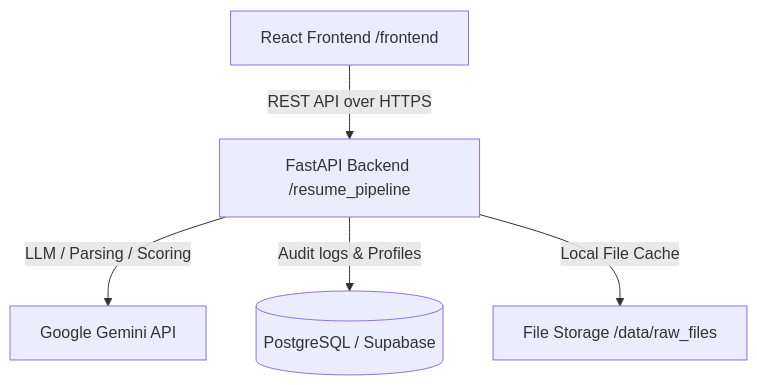
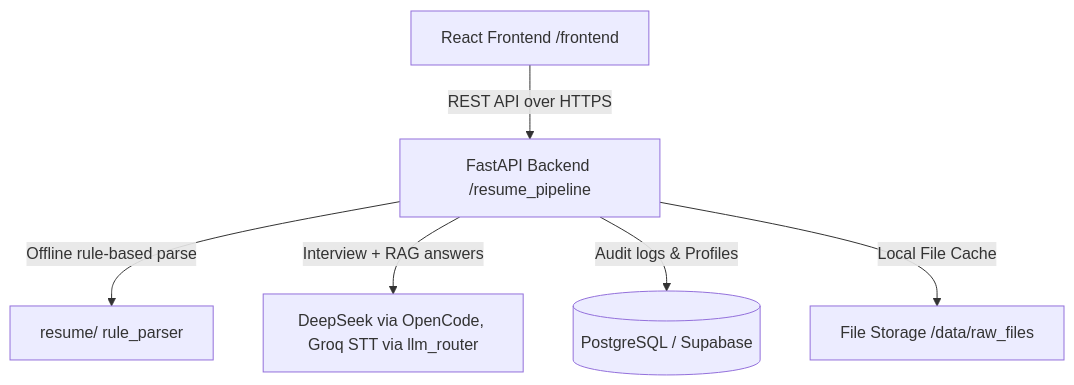
The diagram in docs_wiki/architecture/overview.md (unknown-spec10/Career-Guidance), drawn with Mermaid before and after one commit. The commit also changed other lines of this file and 39 other files, not shown here.

````diff
--- a/docs_wiki/architecture/overview.md
+++ b/docs_wiki/architecture/overview.md
@@ -21,7 +21,8 @@
 ```mermaid
 graph TD
     Client[React Frontend /frontend] -->|REST API over HTTPS| API[FastAPI Backend /resume_pipeline]
-    API -->|LLM / Parsing / Scoring| Gemini[Google Gemini API]
+    API -->|Offline rule-based parse| Parser[resume/ rule_parser]
+    API -->|Interview + RAG answers| LLM[DeepSeek via OpenCode, Groq STT via llm_router]
     API -->|Audit logs & Profiles| PostgreSQL[(PostgreSQL / Supabase)]
     API -->|Local File Cache| Disk[File Storage /data/raw_files]
 ```
````
